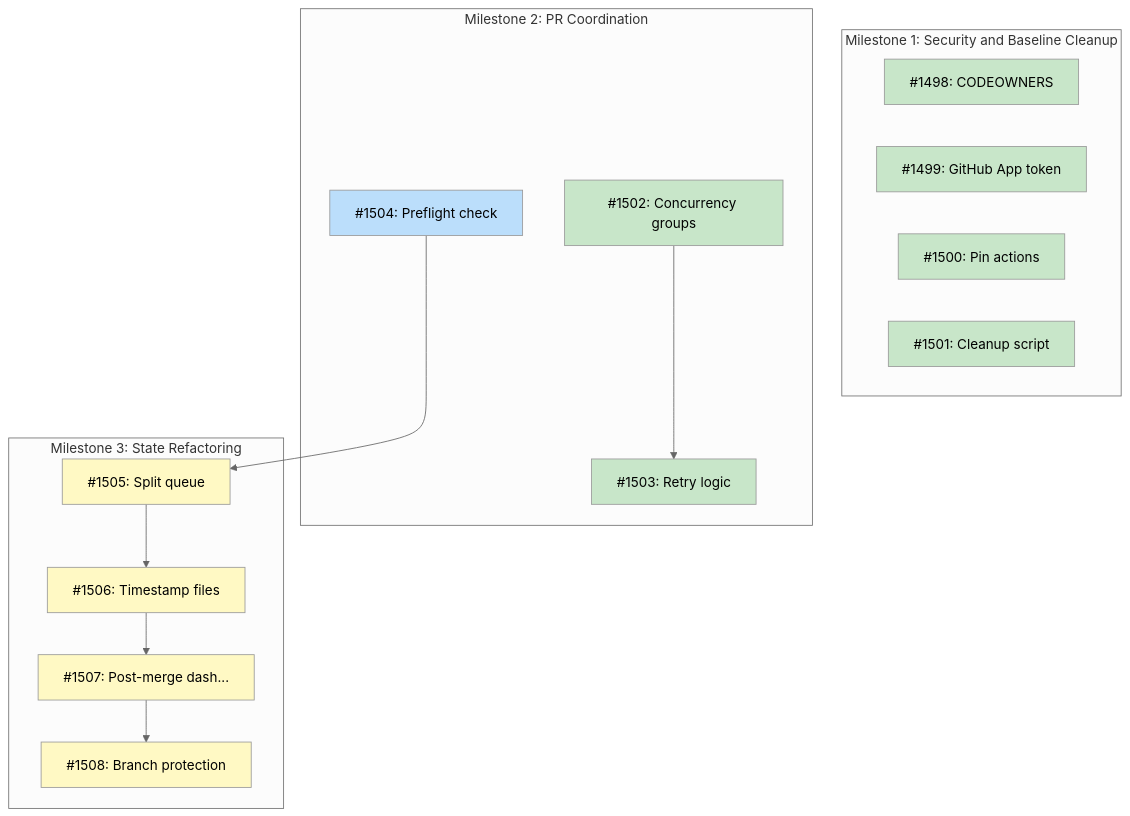
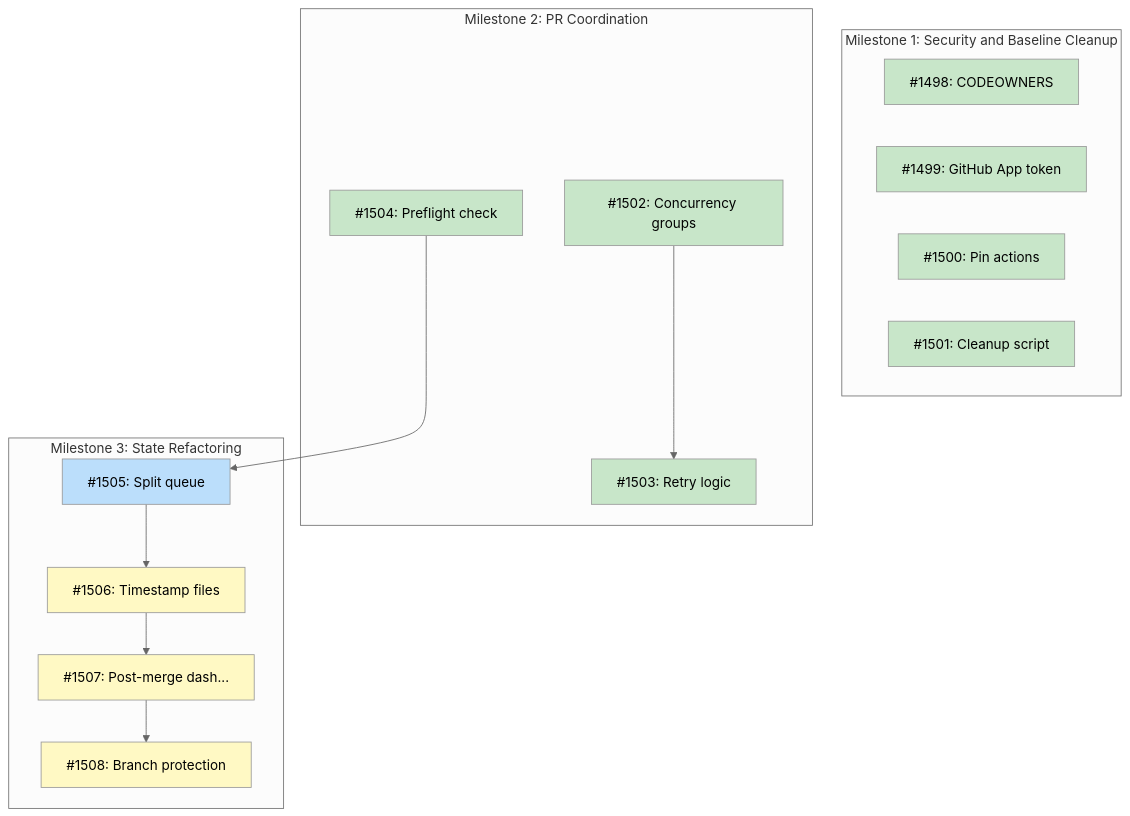
The diagram in docs/designs/DESIGN-batch-pr-coordination.md (tsukumogami/tsuku), drawn with Mermaid (neutral theme) before and after one commit. The commit also changed other lines of this file, not shown here.

Commit message:
docs: mark issue #1504 as complete in design doc

````diff
--- a/docs/designs/DESIGN-batch-pr-coordination.md
+++ b/docs/designs/DESIGN-batch-pr-coordination.md
@@ -80,37 +80,37 @@
 ```mermaid
 graph TD
     subgraph M1["Milestone 1: Security and Baseline Cleanup"]
         I1498["#1498: CODEOWNERS"]
         I1499["#1499: GitHub App token"]
         I1500["#1500: Pin actions"]
         I1501["#1501: Cleanup script"]
     end
 
     subgraph M2["Milestone 2: PR Coordination"]
         I1502["#1502: Concurrency groups"]
         I1503["#1503: Retry logic"]
         I1504["#1504: Preflight check"]
     end
 
     subgraph M3["Milestone 3: State Refactoring"]
         I1505["#1505: Split queue"]
         I1506["#1506: Timestamp files"]
         I1507["#1507: Post-merge dash..."]
         I1508["#1508: Branch protection"]
     end
 
     I1502 --> I1503
     I1504 --> I1505
     I1505 --> I1506
     I1506 --> I1507
     I1507 --> I1508
 
     classDef done fill:#c8e6c9
     classDef ready fill:#bbdefb
     classDef blocked fill:#fff9c4
     classDef needsDesign fill:#e1bee7
 
-    class I1498,I1499,I1500,I1501,I1502,I1503 done
-    class I1504 ready
-    class I1505,I1506,I1507,I1508 blocked
+    class I1498,I1499,I1500,I1501,I1502,I1503,I1504 done
+    class I1505 ready
+    class I1506,I1507,I1508 blocked
 ```
````
